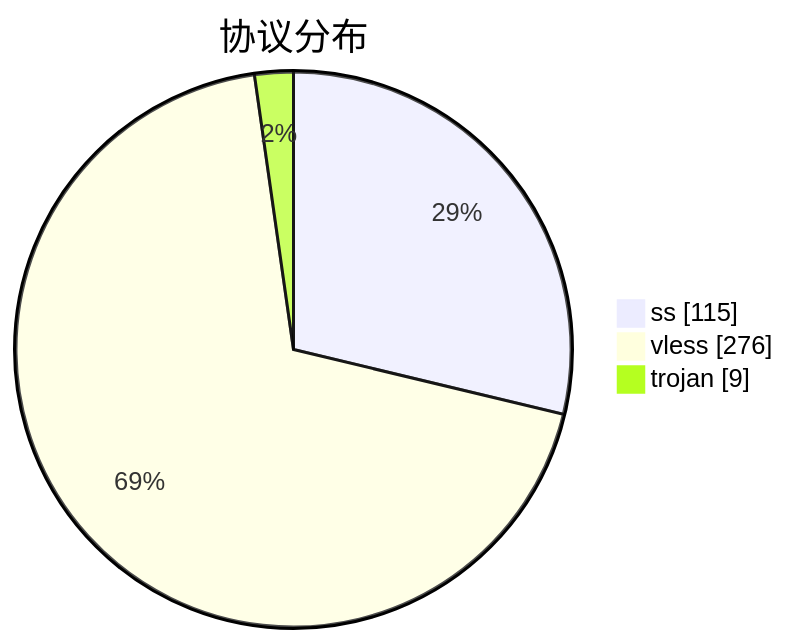
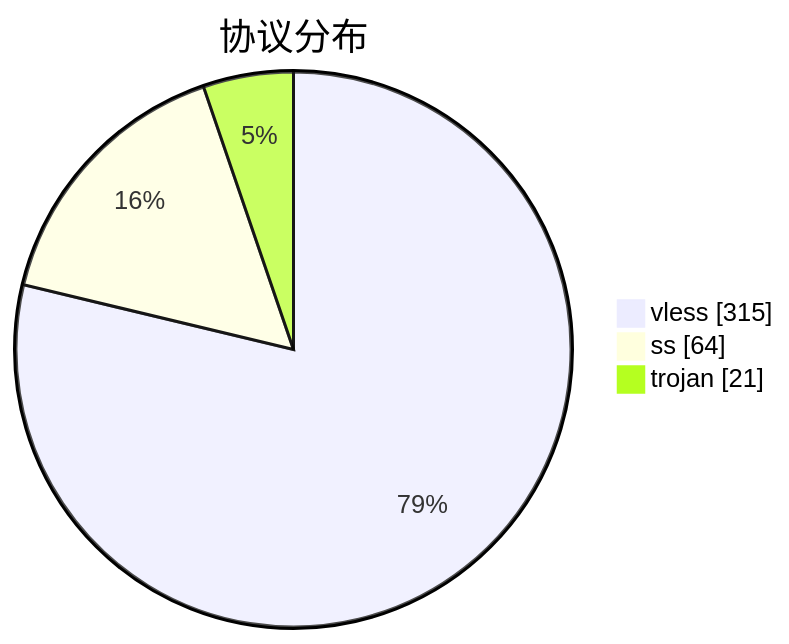
The third of 3 diagrams in subs/statistics/tested_within.md (qjlxg/airport), drawn with Mermaid before and after one commit. The commit also changed other lines of this file and 2 other files, not shown here.

````diff
--- a/subs/statistics/tested_within.md
+++ b/subs/statistics/tested_within.md
@@ -17,7 +20,7 @@
 ```mermaid
 pie showData
 title 协议分布
-"ss" : 115
-"vless" : 276
-"trojan" : 9
+"vless" : 315
+"ss" : 64
+"trojan" : 21
 ```
````
